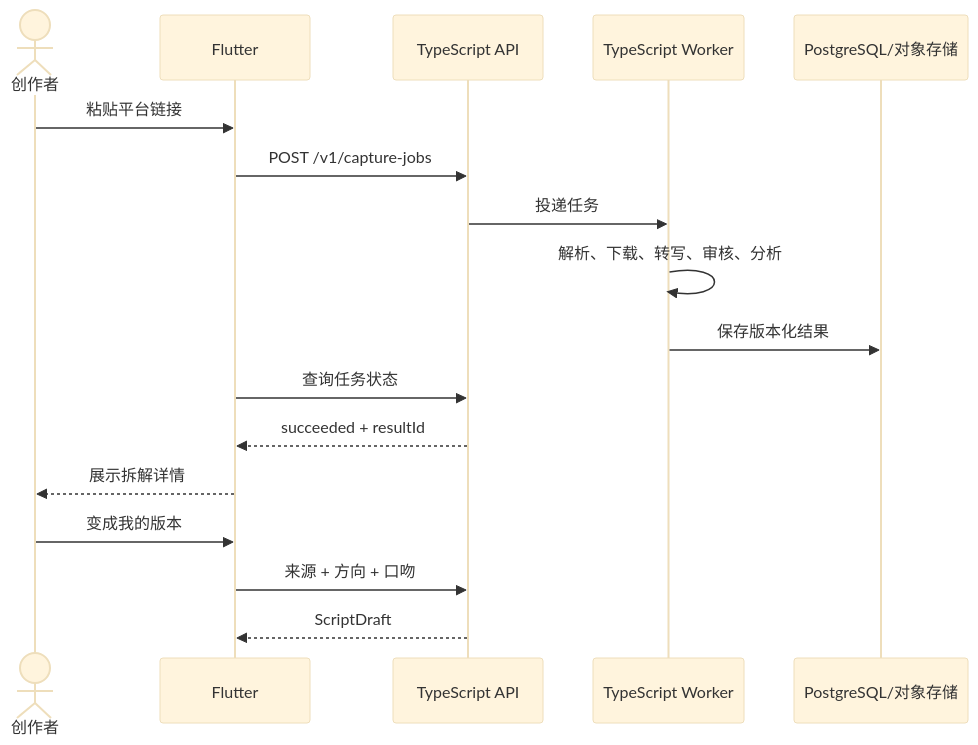
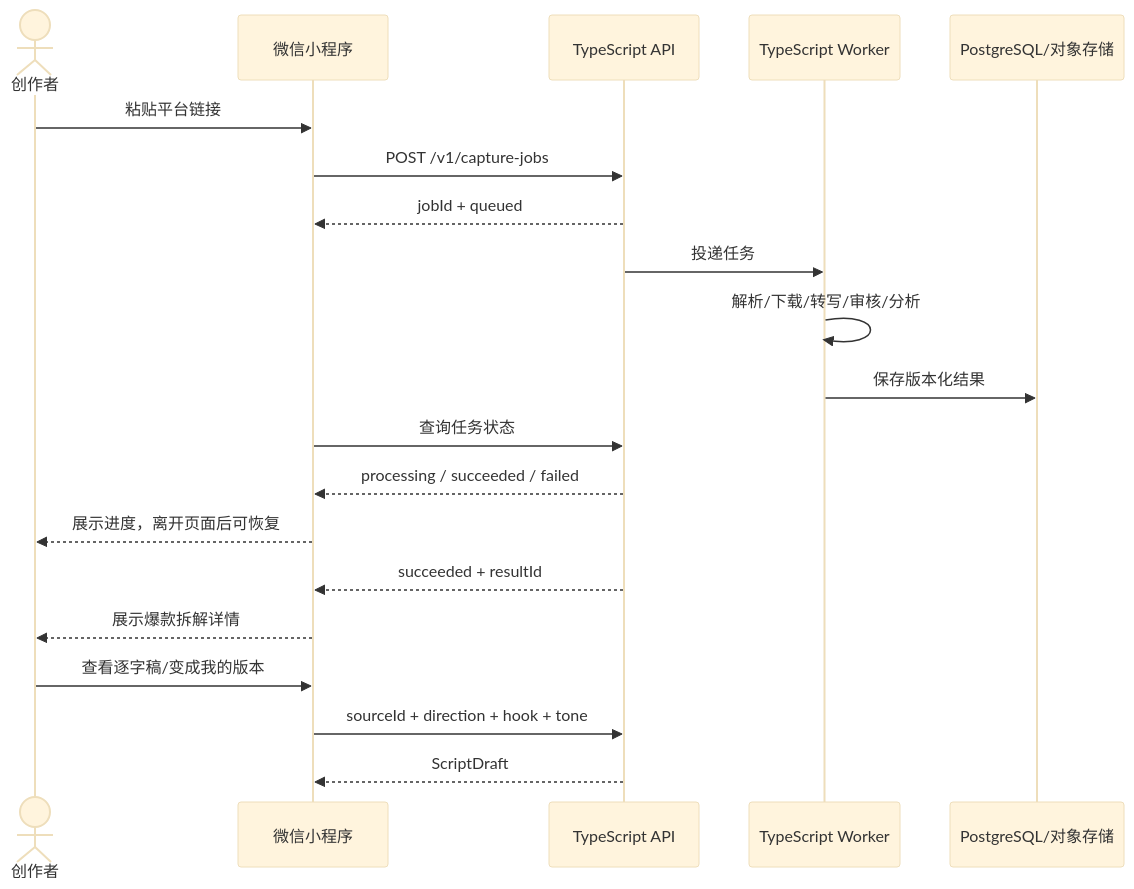
Before and after one commit to zhanglongfeng27101797/yayaxingqiu: the second of 2 diagrams in docs/product/user-flows.md, drawn with Mermaid (base theme). The commit also changed other lines of this file, not shown here.

Commit message:
docs: rewrite flows for WeChat mini program

````diff
--- a/docs/product/user-flows.md
+++ b/docs/product/user-flows.md
@@ -31,19 +60,23 @@
 ```mermaid
 sequenceDiagram
     actor U as 创作者
-    participant F as Flutter
+    participant M as 微信小程序
     participant API as TypeScript API
     participant W as TypeScript Worker
     participant DB as PostgreSQL/对象存储
-    U->>F: 粘贴平台链接
-    F->>API: POST /v1/capture-jobs
+
+    U->>M: 粘贴平台链接
+    M->>API: POST /v1/capture-jobs
+    API-->>M: jobId + queued
     API->>W: 投递任务
-    W->>W: 解析、下载、转写、审核、分析
+    W->>W: 解析/下载/转写/审核/分析
     W->>DB: 保存版本化结果
-    F->>API: 查询任务状态
-    API-->>F: succeeded + resultId
-    F-->>U: 展示拆解详情
-    U->>F: 变成我的版本
-    F->>API: 来源 + 方向 + 口吻
-    API-->>F: ScriptDraft
+    M->>API: 查询任务状态
+    API-->>M: processing / succeeded / failed
+    M-->>U: 展示进度，离开页面后可恢复
+    API-->>M: succeeded + resultId
+    M-->>U: 展示爆款拆解详情
+    U->>M: 查看逐字稿/变成我的版本
+    M->>API: sourceId + direction + hook + tone
+    API-->>M: ScriptDraft
 ```
````
